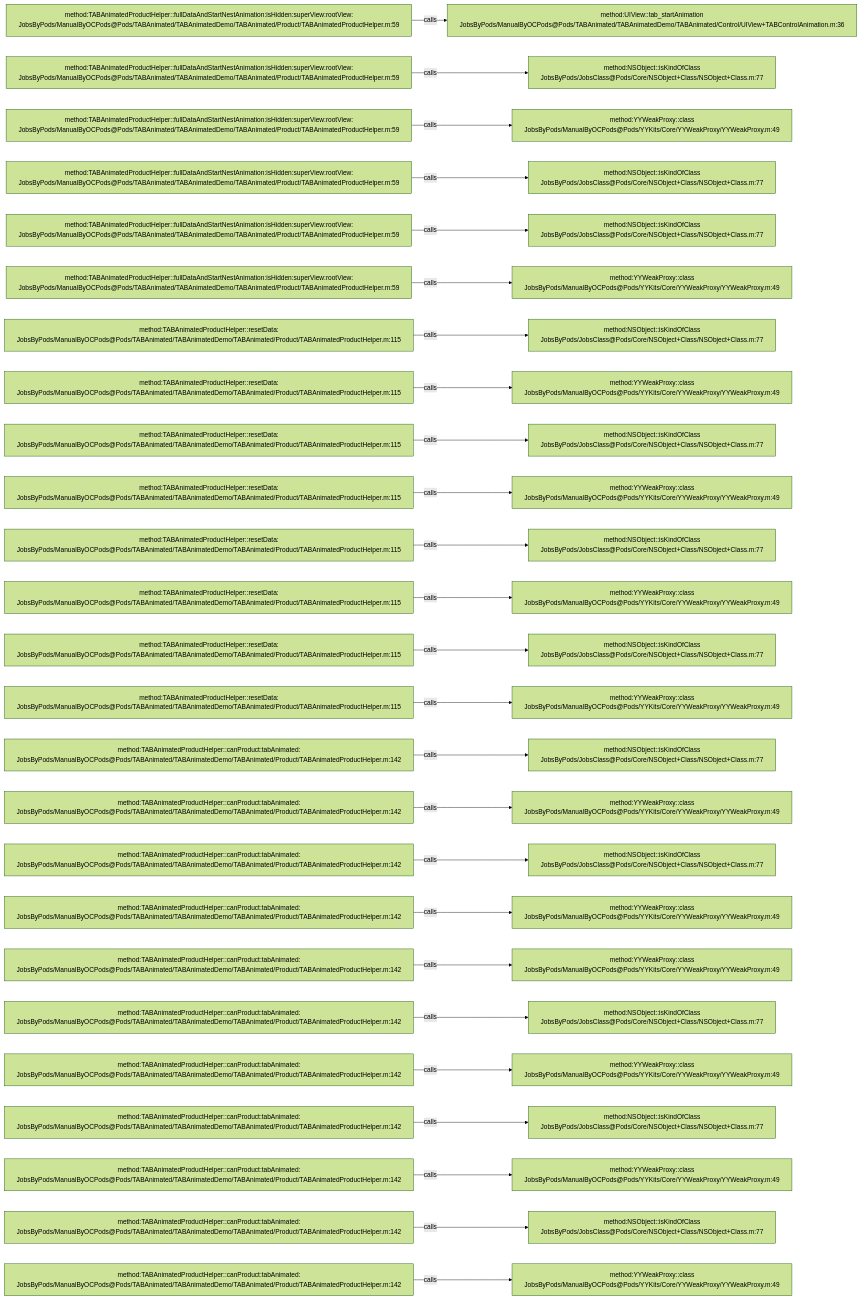
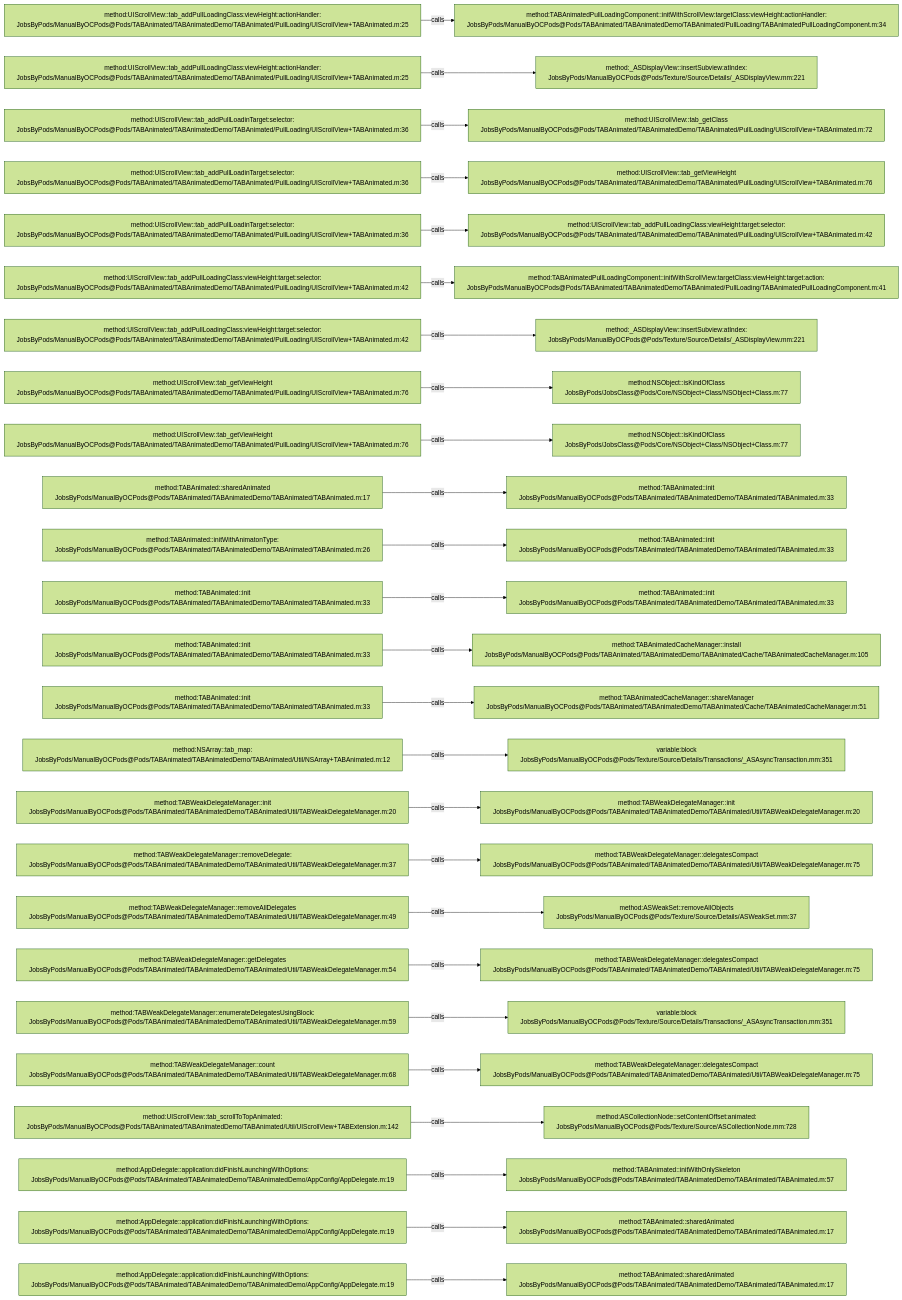
Before and after one commit to JobsKits/JobsOCBaseConfigDemo: the diagram in .codegraph/codegraph.md/graphs/calls-041.md, drawn with Mermaid (forest theme). The commit also changed 1223 other files, not shown here.

````diff
--- a/.codegraph/codegraph.md/graphs/calls-041.md
+++ b/.codegraph/codegraph.md/graphs/calls-041.md
@@ -13,78 +13,78 @@
 ```mermaid
 flowchart LR
-  S1["method:TABAnimatedProductHelper::fullDataAndStartNestAnimation:isHidden:superView:rootView:<br/>JobsByPods/ManualByOCPods@Pods/TABAnimated/TABAnimatedDemo/TABAnimated/Product/TABAnimatedProductHelper.m:59"]
-  T1["method:UIView::tab_startAnimation<br/>JobsByPods/ManualByOCPods@Pods/TABAnimated/TABAnimatedDemo/TABAnimated/Control/UIView+TABControlAnimation.m:36"]
+  S1["method:UIScrollView::tab_addPullLoadingClass:viewHeight:actionHandler:<br/>JobsByPods/ManualByOCPods@Pods/TABAnimated/TABAnimatedDemo/TABAnimated/PullLoading/UIScrollView+TABAnimated.m:25"]
+  T1["method:TABAnimatedPullLoadingComponent::initWithScrollView:targetClass:viewHeight:actionHandler:<br/>JobsByPods/ManualByOCPods@Pods/TABAnimated/TABAnimatedDemo/TABAnimated/PullLoading/TABAnimatedPullLoadingComponent.m:34"]
   S1 -->|calls| T1
-  S2["method:TABAnimatedProductHelper::fullDataAndStartNestAnimation:isHidden:superView:rootView:<br/>JobsByPods/ManualByOCPods@Pods/TABAnimated/TABAnimatedDemo/TABAnimated/Product/TABAnimatedProductHelper.m:59"]
-  T2["method:NSObject::isKindOfClass<br/>JobsByPods/JobsClass@Pods/Core/NSObject+Class/NSObject+Class.m:77"]
+  S2["method:UIScrollView::tab_addPullLoadingClass:viewHeight:actionHandler:<br/>JobsByPods/ManualByOCPods@Pods/TABAnimated/TABAnimatedDemo/TABAnimated/PullLoading/UIScrollView+TABAnimated.m:25"]
+  T2["method:_ASDisplayView::insertSubview:atIndex:<br/>JobsByPods/ManualByOCPods@Pods/Texture/Source/Details/_ASDisplayView.mm:221"]
   S2 -->|calls| T2
-  S3["method:TABAnimatedProductHelper::fullDataAndStartNestAnimation:isHidden:superView:rootView:<br/>JobsByPods/ManualByOCPods@Pods/TABAnimated/TABAnimatedDemo/TABAnimated/Product/TABAnimatedProductHelper.m:59"]
-  T3["method:YYWeakProxy::class<br/>JobsByPods/ManualByOCPods@Pods/YYKits/Core/YYWeakProxy/YYWeakProxy.m:49"]
+  S3["method:UIScrollView::tab_addPullLoadinTarget:selector:<br/>JobsByPods/ManualByOCPods@Pods/TABAnimated/TABAnimatedDemo/TABAnimated/PullLoading/UIScrollView+TABAnimated.m:36"]
+  T3["method:UIScrollView::tab_getClass<br/>JobsByPods/ManualByOCPods@Pods/TABAnimated/TABAnimatedDemo/TABAnimated/PullLoading/UIScrollView+TABAnimated.m:72"]
   S3 -->|calls| T3
-  S4["method:TABAnimatedProductHelper::fullDataAndStartNestAnimation:isHidden:superView:rootView:<br/>JobsByPods/ManualByOCPods@Pods/TABAnimated/TABAnimatedDemo/TABAnimated/Product/TABAnimatedProductHelper.m:59"]
-  T4["method:NSObject::isKindOfClass<br/>JobsByPods/JobsClass@Pods/Core/NSObject+Class/NSObject+Class.m:77"]
+  S4["method:UIScrollView::tab_addPullLoadinTarget:selector:<br/>JobsByPods/ManualByOCPods@Pods/TABAnimated/TABAnimatedDemo/TABAnimated/PullLoading/UIScrollView+TABAnimated.m:36"]
+  T4["method:UIScrollView::tab_getViewHeight<br/>JobsByPods/ManualByOCPods@Pods/TABAnimated/TABAnimatedDemo/TABAnimated/PullLoading/UIScrollView+TABAnimated.m:76"]
   S4 -->|calls| T4
-  S5["method:TABAnimatedProductHelper::fullDataAndStartNestAnimation:isHidden:superView:rootView:<br/>JobsByPods/ManualByOCPods@Pods/TABAnimated/TABAnimatedDemo/TABAnimated/Product/TABAnimatedProductHelper.m:59"]
-  T5["method:NSObject::isKindOfClass<br/>JobsByPods/JobsClass@Pods/Core/NSObject+Class/NSObject+Class.m:77"]
+  S5["method:UIScrollView::tab_addPullLoadinTarget:selector:<br/>JobsByPods/ManualByOCPods@Pods/TABAnimated/TABAnimatedDemo/TABAnimated/PullLoading/UIScrollView+TABAnimated.m:36"]
+  T5["method:UIScrollView::tab_addPullLoadingClass:viewHeight:target:selector:<br/>JobsByPods/ManualByOCPods@Pods/TABAnimated/TABAnimatedDemo/TABAnimated/PullLoading/UIScrollView+TABAnimated.m:42"]
   S5 -->|calls| T5
-  S6["method:TABAnimatedProductHelper::fullDataAndStartNestAnimation:isHidden:superView:rootView:<br/>JobsByPods/ManualByOCPods@Pods/TABAnimated/TABAnimatedDemo/TABAnimated/Product/TABAnimatedProductHelper.m:59"]
-  T6["method:YYWeakProxy::class<br/>JobsByPods/ManualByOCPods@Pods/YYKits/Core/YYWeakProxy/YYWeakProxy.m:49"]
+  S6["method:UIScrollView::tab_addPullLoadingClass:viewHeight:target:selector:<br/>JobsByPods/ManualByOCPods@Pods/TABAnimated/TABAnimatedDemo/TABAnimated/PullLoading/UIScrollView+TABAnimated.m:42"]
+  T6["method:TABAnimatedPullLoadingComponent::initWithScrollView:targetClass:viewHeight:target:action:<br/>JobsByPods/ManualByOCPods@Pods/TABAnimated/TABAnimatedDemo/TABAnimated/PullLoading/TABAnimatedPullLoadingComponent.m:41"]
   S6 -->|calls| T6
-  S7["method:TABAnimatedProductHelper::resetData:<br/>JobsByPods/ManualByOCPods@Pods/TABAnimated/TABAnimatedDemo/TABAnimated/Product/TABAnimatedProductHelper.m:115"]
-  T7["method:NSObject::isKindOfClass<br/>JobsByPods/JobsClass@Pods/Core/NSObject+Class/NSObject+Class.m:77"]
+  S7["method:UIScrollView::tab_addPullLoadingClass:viewHeight:target:selector:<br/>JobsByPods/ManualByOCPods@Pods/TABAnimated/TABAnimatedDemo/TABAnimated/PullLoading/UIScrollView+TABAnimated.m:42"]
+  T7["method:_ASDisplayView::insertSubview:atIndex:<br/>JobsByPods/ManualByOCPods@Pods/Texture/Source/Details/_ASDisplayView.mm:221"]
   S7 -->|calls| T7
-  S8["method:TABAnimatedProductHelper::resetData:<br/>JobsByPods/ManualByOCPods@Pods/TABAnimated/TABAnimatedDemo/TABAnimated/Product/TABAnimatedProductHelper.m:115"]
-  T8["method:YYWeakProxy::class<br/>JobsByPods/ManualByOCPods@Pods/YYKits/Core/YYWeakProxy/YYWeakProxy.m:49"]
+  S8["method:UIScrollView::tab_getViewHeight<br/>JobsByPods/ManualByOCPods@Pods/TABAnimated/TABAnimatedDemo/TABAnimated/PullLoading/UIScrollView+TABAnimated.m:76"]
+  T8["method:NSObject::isKindOfClass<br/>JobsByPods/JobsClass@Pods/Core/NSObject+Class/NSObject+Class.m:77"]
   S8 -->|calls| T8
-  S9["method:TABAnimatedProductHelper::resetData:<br/>JobsByPods/ManualByOCPods@Pods/TABAnimated/TABAnimatedDemo/TABAnimated/Product/TABAnimatedProductHelper.m:115"]
+  S9["method:UIScrollView::tab_getViewHeight<br/>JobsByPods/ManualByOCPods@Pods/TABAnimated/TABAnimatedDemo/TABAnimated/PullLoading/UIScrollView+TABAnimated.m:76"]
   T9["method:NSObject::isKindOfClass<br/>JobsByPods/JobsClass@Pods/Core/NSObject+Class/NSObject+Class.m:77"]
   S9 -->|calls| T9
-  S10["method:TABAnimatedProductHelper::resetData:<br/>JobsByPods/ManualByOCPods@Pods/TABAnimated/TABAnimatedDemo/TABAnimated/Product/TABAnimatedProductHelper.m:115"]
-  T10["method:YYWeakProxy::class<br/>JobsByPods/ManualByOCPods@Pods/YYKits/Core/YYWeakProxy/YYWeakProxy.m:49"]
+  S10["method:TABAnimated::sharedAnimated<br/>JobsByPods/ManualByOCPods@Pods/TABAnimated/TABAnimatedDemo/TABAnimated/TABAnimated.m:17"]
+  T10["method:TABAnimated::init<br/>JobsByPods/ManualByOCPods@Pods/TABAnimated/TABAnimatedDemo/TABAnimated/TABAnimated.m:33"]
   S10 -->|calls| T10
-  S11["method:TABAnimatedProductHelper::resetData:<br/>JobsByPods/ManualByOCPods@Pods/TABAnimated/TABAnimatedDemo/TABAnimated/Product/TABAnimatedProductHelper.m:115"]
-  T11["method:NSObject::isKindOfClass<br/>JobsByPods/JobsClass@Pods/Core/NSObject+Class/NSObject+Class.m:77"]
+  S11["method:TABAnimated::initWithAnimatonType:<br/>JobsByPods/ManualByOCPods@Pods/TABAnimated/TABAnimatedDemo/TABAnimated/TABAnimated.m:26"]
+  T11["method:TABAnimated::init<br/>JobsByPods/ManualByOCPods@Pods/TABAnimated/TABAnimatedDemo/TABAnimated/TABAnimated.m:33"]
   S11 -->|calls| T11
-  S12["method:TABAnimatedProductHelper::resetData:<br/>JobsByPods/ManualByOCPods@Pods/TABAnimated/TABAnimatedDemo/TABAnimated/Product/TABAnimatedProductHelper.m:115"]
-  T12["method:YYWeakProxy::class<br/>JobsByPods/ManualByOCPods@Pods/YYKits/Core/YYWeakProxy/YYWeakProxy.m:49"]
+  S12["method:TABAnimated::init<br/>JobsByPods/ManualByOCPods@Pods/TABAnimated/TABAnimatedDemo/TABAnimated/TABAnimated.m:33"]
+  T12["method:TABAnimated::init<br/>JobsByPods/ManualByOCPods@Pods/TABAnimated/TABAnimatedDemo/TABAnimated/TABAnimated.m:33"]
   S12 -->|calls| T12
-  S13["method:TABAnimatedProductHelper::resetData:<br/>JobsByPods/ManualByOCPods@Pods/TABAnimated/TABAnimatedDemo/TABAnimated/Product/TABAnimatedProductHelper.m:115"]
-  T13["method:NSObject::isKindOfClass<br/>JobsByPods/JobsClass@Pods/Core/NSObject+Class/NSObject+Class.m:77"]
+  S13["method:TABAnimated::init<br/>JobsByPods/ManualByOCPods@Pods/TABAnimated/TABAnimatedDemo/TABAnimated/TABAnimated.m:33"]
+  T13["method:TABAnimatedCacheManager::install<br/>JobsByPods/ManualByOCPods@Pods/TABAnimated/TABAnimatedDemo/TABAnimated/Cache/TABAnimatedCacheManager.m:105"]
   S13 -->|calls| T13
-  S14["method:TABAnimatedProductHelper::resetData:<br/>JobsByPods/ManualByOCPods@Pods/TABAnimated/TABAnimatedDemo/TABAnimated/Product/TABAnimatedProductHelper.m:115"]
-  T14["method:YYWeakProxy::class<br/>JobsByPods/ManualByOCPods@Pods/YYKits/Core/YYWeakProxy/YYWeakProxy.m:49"]
+  S14["method:TABAnimated::init<br/>JobsByPods/ManualByOCPods@Pods/TABAnimated/TABAnimatedDemo/TABAnimated/TABAnimated.m:33"]
+  T14["method:TABAnimatedCacheManager::shareManager<br/>JobsByPods/ManualByOCPods@Pods/TABAnimated/TABAnimatedDemo/TABAnimated/Cache/TABAnimatedCacheManager.m:51"]
   S14 -->|calls| T14
-  S15["method:TABAnimatedProductHelper::canProduct:tabAnimated:<br/>JobsByPods/ManualByOCPods@Pods/TABAnimated/TABAnimatedDemo/TABAnimated/Product/TABAnimatedProductHelper.m:142"]
-  T15["method:NSObject::isKindOfClass<br/>JobsByPods/JobsClass@Pods/Core/NSObject+Class/NSObject+Class.m:77"]
+  S15["method:NSArray::tab_map:<br/>JobsByPods/ManualByOCPods@Pods/TABAnimated/TABAnimatedDemo/TABAnimated/Util/NSArray+TABAnimated.m:12"]
+  T15["variable:block<br/>JobsByPods/ManualByOCPods@Pods/Texture/Source/Details/Transactions/_ASAsyncTransaction.mm:351"]
   S15 -->|calls| T15
-  S16["method:TABAnimatedProductHelper::canProduct:tabAnimated:<br/>JobsByPods/ManualByOCPods@Pods/TABAnimated/TABAnimatedDemo/TABAnimated/Product/TABAnimatedProductHelper.m:142"]
-  T16["method:YYWeakProxy::class<br/>JobsByPods/ManualByOCPods@Pods/YYKits/Core/YYWeakProxy/YYWeakProxy.m:49"]
+  S16["method:TABWeakDelegateManager::init<br/>JobsByPods/ManualByOCPods@Pods/TABAnimated/TABAnimatedDemo/TABAnimated/Util/TABWeakDelegateManager.m:20"]
+  T16["method:TABWeakDelegateManager::init<br/>JobsByPods/ManualByOCPods@Pods/TABAnimated/TABAnimatedDemo/TABAnimated/Util/TABWeakDelegateManager.m:20"]
   S16 -->|calls| T16
-  S17["method:TABAnimatedProductHelper::canProduct:tabAnimated:<br/>JobsByPods/ManualByOCPods@Pods/TABAnimated/TABAnimatedDemo/TABAnimated/Product/TABAnimatedProductHelper.m:142"]
-  T17["method:NSObject::isKindOfClass<br/>JobsByPods/JobsClass@Pods/Core/NSObject+Class/NSObject+Class.m:77"]
+  S17["method:TABWeakDelegateManager::removeDelegate:<br/>JobsByPods/ManualByOCPods@Pods/TABAnimated/TABAnimatedDemo/TABAnimated/Util/TABWeakDelegateManager.m:37"]
+  T17["method:TABWeakDelegateManager::delegatesCompact<br/>JobsByPods/ManualByOCPods@Pods/TABAnimated/TABAnimatedDemo/TABAnimated/Util/TABWeakDelegateManager.m:75"]
   S17 -->|calls| T17
-  S18["method:TABAnimatedProductHelper::canProduct:tabAnimated:<br/>JobsByPods/ManualByOCPods@Pods/TABAnimated/TABAnimatedDemo/TABAnimated/Product/TABAnimatedProductHelper.m:142"]
-  T18["method:YYWeakProxy::class<br/>JobsByPods/ManualByOCPods@Pods/YYKits/Core/YYWeakProxy/YYWeakProxy.m:49"]
+  S18["method:TABWeakDelegateManager::removeAllDelegates<br/>JobsByPods/ManualByOCPods@Pods/TABAnimated/TABAnimatedDemo/TABAnimated/Util/TABWeakDelegateManager.m:49"]
+  T18["method:ASWeakSet::removeAllObjects<br/>JobsByPods/ManualByOCPods@Pods/Texture/Source/Details/ASWeakSet.mm:37"]
   S18 -->|calls| T18
-  S19["method:TABAnimatedProductHelper::canProduct:tabAnimated:<br/>JobsByPods/ManualByOCPods@Pods/TABAnimated/TABAnimatedDemo/TABAnimated/Product/TABAnimatedProductHelper.m:142"]
-  T19["method:YYWeakProxy::class<br/>JobsByPods/ManualByOCPods@Pods/YYKits/Core/YYWeakProxy/YYWeakProxy.m:49"]
+  S19["method:TABWeakDelegateManager::getDelegates<br/>JobsByPods/ManualByOCPods@Pods/TABAnimated/TABAnimatedDemo/TABAnimated/Util/TABWeakDelegateManager.m:54"]
+  T19["method:TABWeakDelegateManager::delegatesCompact<br/>JobsByPods/ManualByOCPods@Pods/TABAnimated/TABAnimatedDemo/TABAnimated/Util/TABWeakDelegateManager.m:75"]
   S19 -->|calls| T19
-  S20["method:TABAnimatedProductHelper::canProduct:tabAnimated:<br/>JobsByPods/ManualByOCPods@Pods/TABAnimated/TABAnimatedDemo/TABAnimated/Product/TABAnimatedProductHelper.m:142"]
-  T20["method:NSObject::isKindOfClass<br/>JobsByPods/JobsClass@Pods/Core/NSObject+Class/NSObject+Class.m:77"]
+  S20["method:TABWeakDelegateManager::enumerateDelegatesUsingBlock:<br/>JobsByPods/ManualByOCPods@Pods/TABAnimated/TABAnimatedDemo/TABAnimated/Util/TABWeakDelegateManager.m:59"]
+  T20["variable:block<br/>JobsByPods/ManualByOCPods@Pods/Texture/Source/Details/Transactions/_ASAsyncTransaction.mm:351"]
   S20 -->|calls| T20
-  S21["method:TABAnimatedProductHelper::canProduct:tabAnimated:<br/>JobsByPods/ManualByOCPods@Pods/TABAnimated/TABAnimatedDemo/TABAnimated/Product/TABAnimatedProductHelper.m:142"]
-  T21["method:YYWeakProxy::class<br/>JobsByPods/ManualByOCPods@Pods/YYKits/Core/YYWeakProxy/YYWeakProxy.m:49"]
+  S21["method:TABWeakDelegateManager::count<br/>JobsByPods/ManualByOCPods@Pods/TABAnimated/TABAnimatedDemo/TABAnimated/Util/TABWeakDelegateManager.m:68"]
+  T21["method:TABWeakDelegateManager::delegatesCompact<br/>JobsByPods/ManualByOCPods@Pods/TABAnimated/TABAnimatedDemo/TABAnimated/Util/TABWeakDelegateManager.m:75"]
   S21 -->|calls| T21
-  S22["method:TABAnimatedProductHelper::canProduct:tabAnimated:<br/>JobsByPods/ManualByOCPods@Pods/TABAnimated/TABAnimatedDemo/TABAnimated/Product/TABAnimatedProductHelper.m:142"]
-  T22["method:NSObject::isKindOfClass<br/>JobsByPods/JobsClass@Pods/Core/NSObject+Class/NSObject+Class.m:77"]
+  S22["method:UIScrollView::tab_scrollToTopAnimated:<br/>JobsByPods/ManualByOCPods@Pods/TABAnimated/TABAnimatedDemo/TABAnimated/Util/UIScrollView+TABExtension.m:142"]
+  T22["method:ASCollectionNode::setContentOffset:animated:<br/>JobsByPods/ManualByOCPods@Pods/Texture/Source/ASCollectionNode.mm:728"]
   S22 -->|calls| T22
-  S23["method:TABAnimatedProductHelper::canProduct:tabAnimated:<br/>JobsByPods/ManualByOCPods@Pods/TABAnimated/TABAnimatedDemo/TABAnimated/Product/TABAnimatedProductHelper.m:142"]
-  T23["method:YYWeakProxy::class<br/>JobsByPods/ManualByOCPods@Pods/YYKits/Core/YYWeakProxy/YYWeakProxy.m:49"]
+  S23["method:AppDelegate::application:didFinishLaunchingWithOptions:<br/>JobsByPods/ManualByOCPods@Pods/TABAnimated/TABAnimatedDemo/TABAnimatedDemo/AppConfig/AppDelegate.m:19"]
+  T23["method:TABAnimated::initWithOnlySkeleton<br/>JobsByPods/ManualByOCPods@Pods/TABAnimated/TABAnimatedDemo/TABAnimated/TABAnimated.m:57"]
   S23 -->|calls| T23
-  S24["method:TABAnimatedProductHelper::canProduct:tabAnimated:<br/>JobsByPods/ManualByOCPods@Pods/TABAnimated/TABAnimatedDemo/TABAnimated/Product/TABAnimatedProductHelper.m:142"]
-  T24["method:NSObject::isKindOfClass<br/>JobsByPods/JobsClass@Pods/Core/NSObject+Class/NSObject+Class.m:77"]
+  S24["method:AppDelegate::application:didFinishLaunchingWithOptions:<br/>JobsByPods/ManualByOCPods@Pods/TABAnimated/TABAnimatedDemo/TABAnimatedDemo/AppConfig/AppDelegate.m:19"]
+  T24["method:TABAnimated::sharedAnimated<br/>JobsByPods/ManualByOCPods@Pods/TABAnimated/TABAnimatedDemo/TABAnimated/TABAnimated.m:17"]
   S24 -->|calls| T24
-  S25["method:TABAnimatedProductHelper::canProduct:tabAnimated:<br/>JobsByPods/ManualByOCPods@Pods/TABAnimated/TABAnimatedDemo/TABAnimated/Product/TABAnimatedProductHelper.m:142"]
-  T25["method:YYWeakProxy::class<br/>JobsByPods/ManualByOCPods@Pods/YYKits/Core/YYWeakProxy/YYWeakProxy.m:49"]
+  S25["method:AppDelegate::application:didFinishLaunchingWithOptions:<br/>JobsByPods/ManualByOCPods@Pods/TABAnimated/TABAnimatedDemo/TABAnimatedDemo/AppConfig/AppDelegate.m:19"]
+  T25["method:TABAnimated::sharedAnimated<br/>JobsByPods/ManualByOCPods@Pods/TABAnimated/TABAnimatedDemo/TABAnimated/TABAnimated.m:17"]
   S25 -->|calls| T25
 ```
````
